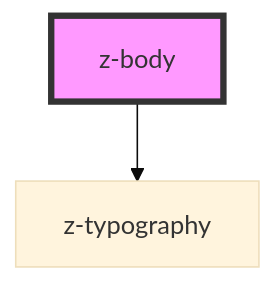
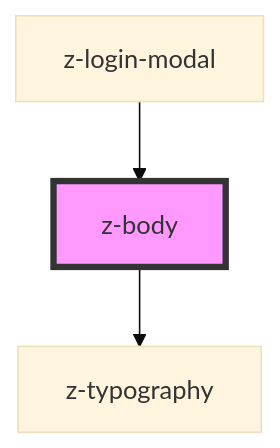
One commit to ZanichelliEditore/design-system changed the diagram in src/components/typography/z-body/readme.md. Above: the diagram before and after it, drawn with Mermaid (base theme). The commit also changed other lines of this file and 8 other files, not shown here.

Commit message:
feat: base z-login-modal

````diff
--- a/src/components/typography/z-body/readme.md
+++ b/src/components/typography/z-body/readme.md
@@ -24,5 +28,6 @@
 ```mermaid
 graph TD;
   z-body --> z-typography
+  z-login-modal --> z-body
   style z-body fill:#f9f,stroke:#333,stroke-width:4px
 ```
````
